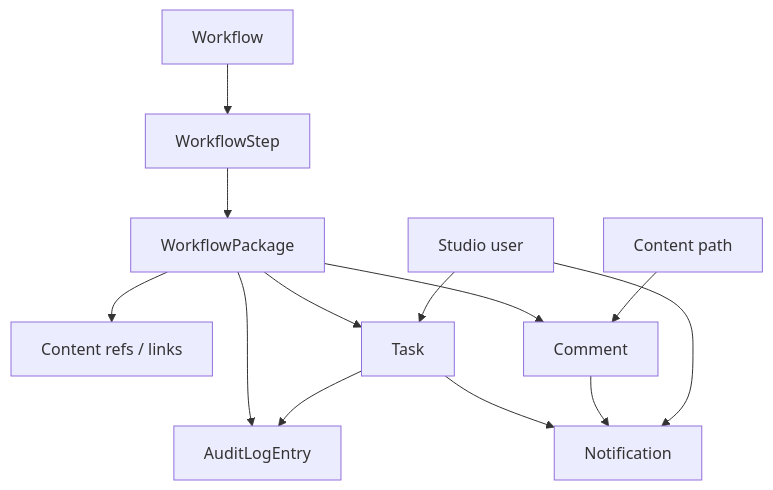
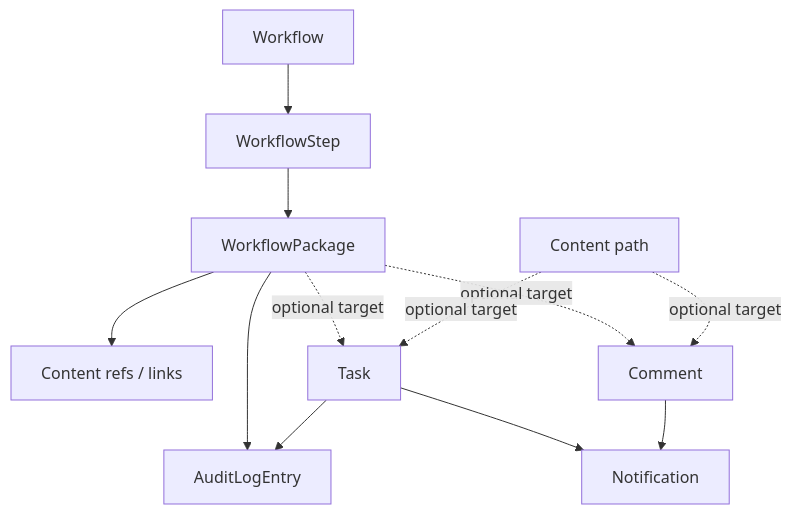
The second of 2 diagrams in docs/README.md (russdanner/plugin-studio-workflow), drawn with Mermaid before and after one commit. The commit also changed other lines of this file and 7 other files, not shown here.

````diff
--- a/docs/README.md
+++ b/docs/README.md
@@ -45,15 +50,21 @@
 ```mermaid
 flowchart TB
     W[Workflow] --> WS[WorkflowStep]
     WS --> WP[WorkflowPackage]
     WP --> CR[Content refs / links]
-    WP --> CM[Comment]
-    CONTENT[Content path] --> CM
-    WP --> T[Task]
-    WP --> AL[AuditLogEntry]
-    T --> AL
-    T --> N[Notification]
+
+    CM[Comment]
+    TK[Task]
+    N[Notification]
+    AL[AuditLogEntry]
+    CONTENT[Content path]
+
+    WP -.->|optional target| CM
+    WP -.->|optional target| TK
+    CONTENT -.->|optional target| CM
+    CONTENT -.->|optional target| TK
+    TK --> N
     CM --> N
-    USER[Studio user] --> N
-    USER --> T
+    WP --> AL
+    TK --> AL
 ```
````
